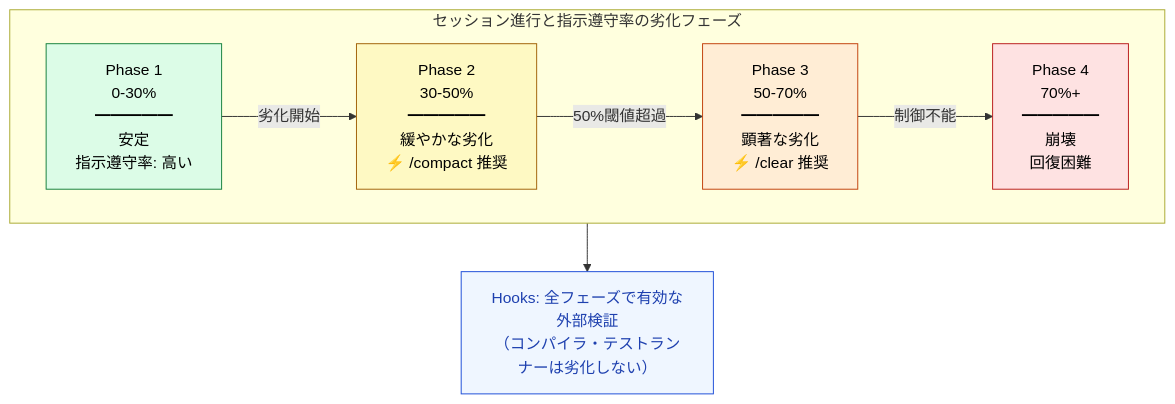
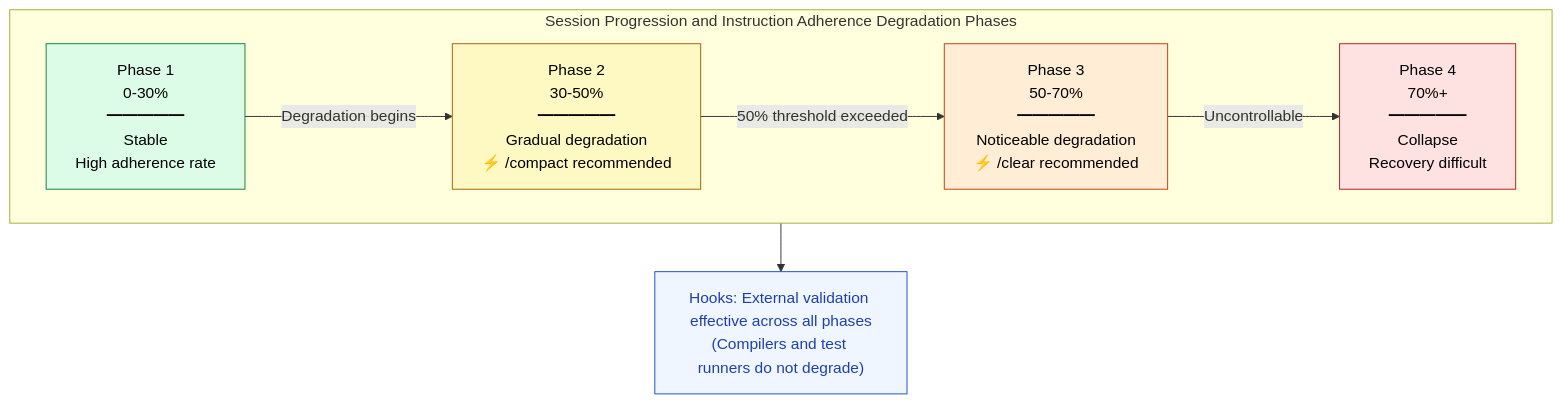
The first of 2 diagrams in docs/01-llm-structural-problems/instruction-decay.md (shuji-bonji/understanding-llm-through-claude-code), drawn with Mermaid before and after one commit. The commit also changed other lines of this file and 100 other files, not shown here.

````diff
--- a/docs/01-llm-structural-problems/instruction-decay.md
+++ b/docs/01-llm-structural-problems/instruction-decay.md
@@ -43,21 +45,21 @@
 ```mermaid
 flowchart TB
-    subgraph phases ["セッション進行と指示遵守率の劣化フェーズ"]
+    subgraph phases ["Session Progression and Instruction Adherence Degradation Phases"]
         direction LR
-        P1["Phase 1<br>0-30%<br>━━━━━<br>安定<br>指示遵守率: 高い"]
-        P2["Phase 2<br>30-50%<br>━━━━━<br>緩やかな劣化<br>⚡ /compact 推奨"]
-        P3["Phase 3<br>50-70%<br>━━━━━<br>顕著な劣化<br>⚡ /clear 推奨"]
-        P4["Phase 4<br>70%+<br>━━━━━<br>崩壊<br>回復困難"]
-        P1 -->|"劣化開始"| P2 -->|"50%閾値超過"| P3 -->|"制御不能"| P4
+        P1["Phase 1<br>0-30%<br>━━━━━<br>Stable<br>High adherence rate"]
+        P2["Phase 2<br>30-50%<br>━━━━━<br>Gradual degradation<br>⚡ /compact recommended"]
+        P3["Phase 3<br>50-70%<br>━━━━━<br>Noticeable degradation<br>⚡ /clear recommended"]
+        P4["Phase 4<br>70%+<br>━━━━━<br>Collapse<br>Recovery difficult"]
+        P1 -->|"Degradation begins"| P2 -->|"50% threshold exceeded"| P3 -->|"Uncontrollable"| P4
     end
 
-    Hooks["Hooks: 全フェーズで有効な外部検証<br>（コンパイラ・テストランナーは劣化しない）"]
+    Hooks["Hooks: External validation effective across all phases<br>(Compilers and test runners do not degrade)"]
 
     phases --> Hooks
 
     style P1 fill:#dcfce7,stroke:#15803d,color:#000
     style P2 fill:#fef9c3,stroke:#a16207,color:#000
     style P3 fill:#ffedd5,stroke:#c2410c,color:#000
     style P4 fill:#fee2e2,stroke:#b91c1c,color:#000
     style Hooks fill:#eff6ff,stroke:#1d4ed8,color:#1e40af
 ```
````
